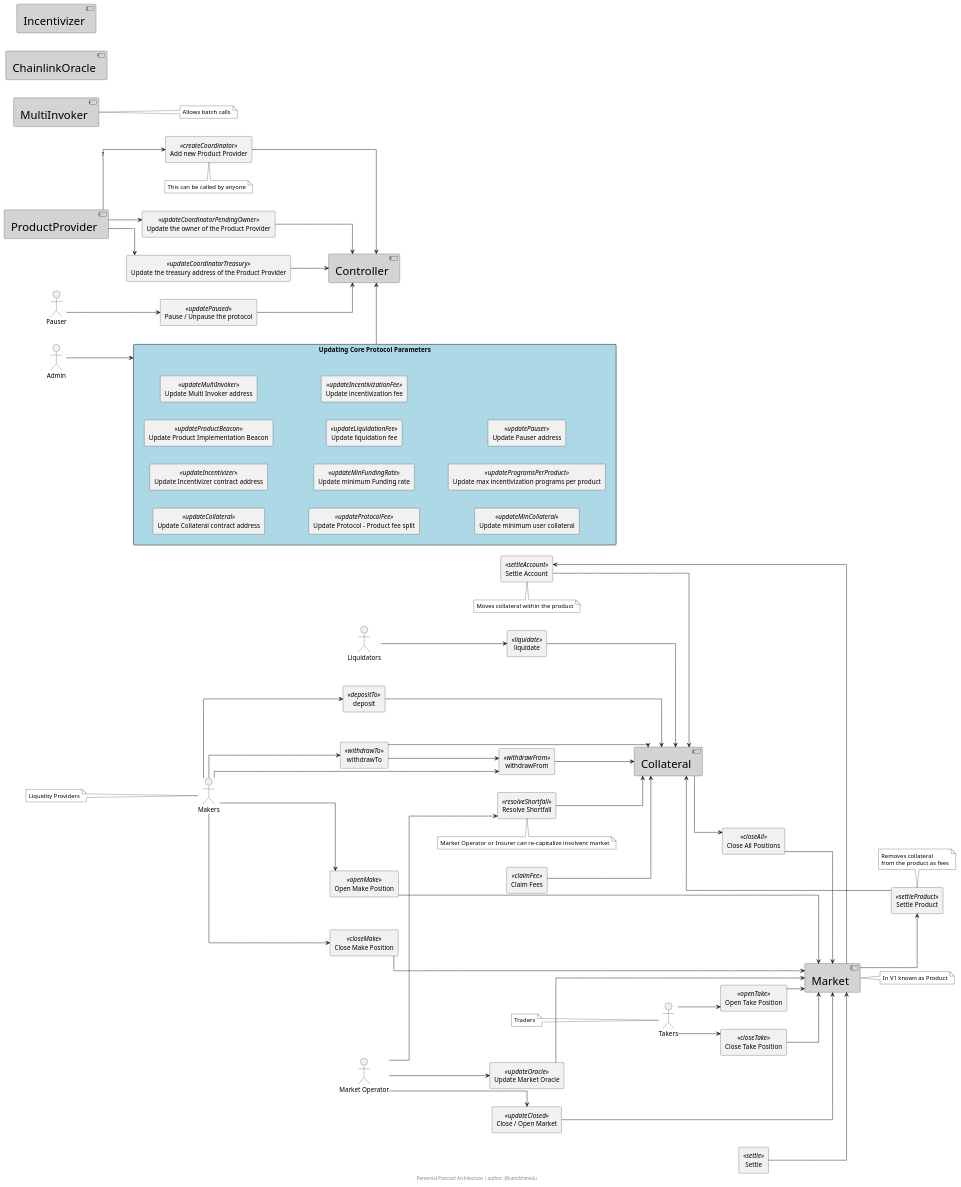
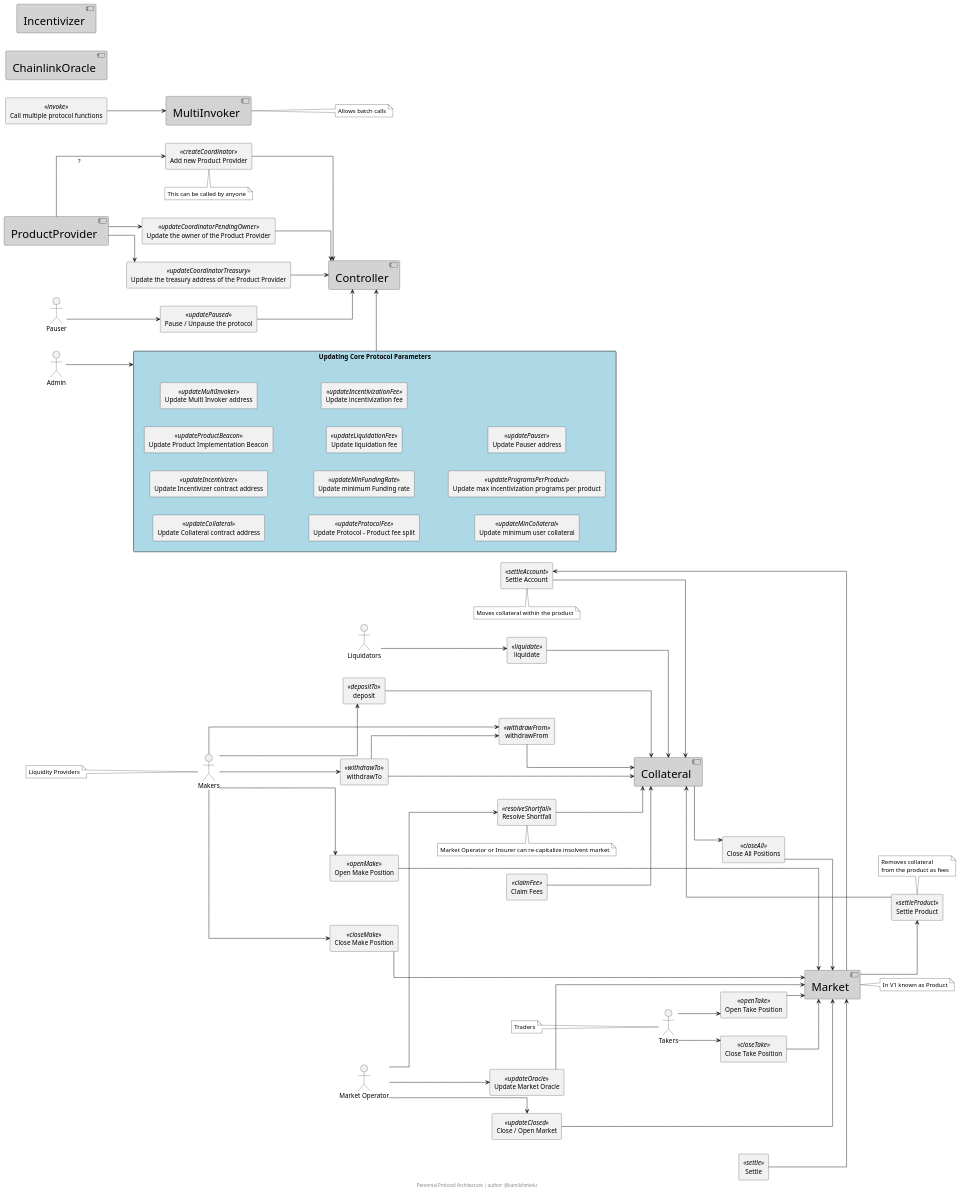
The diagram in diagrams/PerennialArchitecture.puml (ChmielewskiKamil/perennial-notes), drawn with PlantUML before and after one commit.

Commit message:
🖼️ Add multiinvoker

```diff
--- a/diagrams/PerennialArchitecture.puml
+++ b/diagrams/PerennialArchitecture.puml
@@ -1,166 +1,175 @@
 @startuml PerennialArchitecture
 
 left to right direction
 
 skinparam linetype ortho
 skinparam nodesep 40
 skinparam ranksep 40
 
 skinparam note {
     BorderColor black
     BackgroundColor white
     FontColor black
 }
 skinparam component {
     FontSize 25
     BackgroundColor lightgray
 }
 
 skinparam collections {
     FontSize 20
 }
 
 skinparam package {
     BorderColor black
     BackgroundColor lightblue
 }
 
 /' Actors '/
 actor Liquidators
 actor Makers
 actor Takers
 actor "Market Operator" as MarketOperator
 actor Admin
 actor Pauser
 
 /' //////////////////////////////////////////////////////////////////
 //                           Core Contracts                        //
 ////////////////////////////////////////////////////////////////// '/
 
 component Market
 
 component Collateral
 
 component MultiInvoker 
 
 component ChainlinkOracle 
 
 component Incentivizer 
 
 component Controller 
 
 component ProductProvider 
 
 /' //////////////////////////////////////////////////////////////////
 //                       Contract Functions                        //
 ////////////////////////////////////////////////////////////////// '/
 
 /'Collateral'/
 rectangle deposit <<depositTo>>
 rectangle withdrawFrom <<withdrawFrom>>
 rectangle withdrawTo <<withdrawTo>>
 rectangle liquidate <<liquidate>>
 rectangle "Settle Account" as settleAccount <<settleAccount>>
 rectangle "Settle Product" as settleProduct <<settleProduct>>
 rectangle "Resolve Shortfall" as resolveShortfall <<resolveShortfall>>
 rectangle "Claim Fees" as claimFee <<claimFee>>
 
 /'Market'/
 rectangle "Open Take Position" as openTake <<openTake>>
 rectangle "Close Take Position" as closeTake <<closeTake>>
 rectangle "Open Make Position" as openMake <<openMake>>
 rectangle "Close Make Position" as closeMake <<closeMake>>
 rectangle "Settle" as settle <<settle>>
 rectangle "Close All Positions" as closeAll <<closeAll>>
 rectangle "Close / Open Market" as updateClosed <<updateClosed>>
 rectangle "Update Market Oracle" as updateOracle <<updateOracle>>
 
 /'Controller'/
 rectangle "Add new Product Provider" as createCoordinator <<createCoordinator>>
 rectangle "Update the owner of the Product Provider" as updateCoordinator <<updateCoordinatorPendingOwner>>
 rectangle "Update the treasury address of the Product Provider" as updateTreasury <<updateCoordinatorTreasury>>
 rectangle "Updating Core Protocol Parameters" as UPDATE_PROTOCOL_PARAMS {
     rectangle "Update Collateral contract address" as updateCollateral <<updateCollateral>>
     rectangle "Update Incentivizer contract address" as updateIncentivizer <<updateIncentivizer>>
     rectangle "Update Product Implementation Beacon" as updateProductBeacon <<updateProductBeacon>>
     rectangle "Update Multi Invoker address" as updateMultiInvoker <<updateMultiInvoker>>
     rectangle "Update Protocol - Product fee split" as updateProtocolFee <<updateProtocolFee>>
     rectangle "Update minimum Funding rate" as updateMinFundingRate <<updateMinFundingRate>>
     rectangle "Update liquidation fee" as updateLiquidationFee <<updateLiquidationFee>>
     rectangle "Update incentivization fee" as updateIncentivizationFee <<updateIncentivizationFee>>
     rectangle "Update minimum user collateral" as updateMinCollateral <<updateMinCollateral>>
     rectangle "Update max incentivization programs per product" as updateProgramsPerProduct <<updateProgramsPerProduct>>
     rectangle "Update Pauser address" as updatePauser <<updatePauser>>
 }
 rectangle "Pause / Unpause the protocol" as pause <<updatePaused>>
 
+/'MultiInvoker'/
+rectangle "Call multiple protocol functions" as invoke <<invoke>>
+
 /' //////////////////////////////////////////////////////////////////
 //                           Connections                           //
 ////////////////////////////////////////////////////////////////// '/
 
 'Collateral contract functions'
 deposit --> Collateral
 withdrawTo --> Collateral
 withdrawFrom --> Collateral
 withdrawTo --> withdrawFrom
 liquidate --> Collateral
 settleAccount --> Collateral
 settleProduct --> Collateral
 claimFee --> Collateral
 resolveShortfall --> Collateral
 'Calls to Collateral contract functions'
 Makers --> deposit
 Makers --> withdrawTo
 Makers --> withdrawFrom
 Liquidators --> liquidate
 Market --> settleAccount 
 Market --> settleProduct 
 MarketOperator --> resolveShortfall
 
 'Market functions'
 openMake --> Market
 closeMake --> Market
 openTake --> Market
 closeTake --> Market
 settle --> Market
 closeAll --> Market
 updateClosed --> Market
 updateOracle --> Market
 'Calls to Market contract functions'
 Makers --> openMake 
 Makers --> closeMake 
 Takers --> openTake
 Takers --> closeTake
 Collateral --> closeAll
 MarketOperator --> updateClosed
 MarketOperator --> updateOracle
 
 'Controller functions'
 createCoordinator --> Controller
 updateCoordinator --> Controller
 updateTreasury --> Controller
 UPDATE_PROTOCOL_PARAMS --> Controller
 pause --> Controller
 
 'Calls to Controller functions'
 ProductProvider --> createCoordinator: ?
 ProductProvider --> updateCoordinator
 ProductProvider --> updateTreasury
 Admin --> UPDATE_PROTOCOL_PARAMS
 Pauser --> pause
 
+'MultiInvoker functions'
+invoke --> MultiInvoker
+
 /' //////////////////////////////////////////////////////////////////
 //                             Notes                               //
 ////////////////////////////////////////////////////////////////// '/
 
 note bottom of settleAccount: Moves collateral within the product 
-note top of settleProduct: Removes collateral\nfrom the product as fees
+note top of settleProduct 
+    Removes collateral
+    from the product as fees
+end note
 note right of MultiInvoker: Allows batch calls
 note right of Market: In V1 known as Product
 note left of Makers: Liquidity Providers
 note left of Takers: Traders
 note bottom of resolveShortfall: Market Operator or Insurer can re-capitalize insolvent market
 note bottom of createCoordinator: This can be called by anyone
 
 footer Perennial Protocol Architecture | author: @kamilchmielu
 @enduml
```
